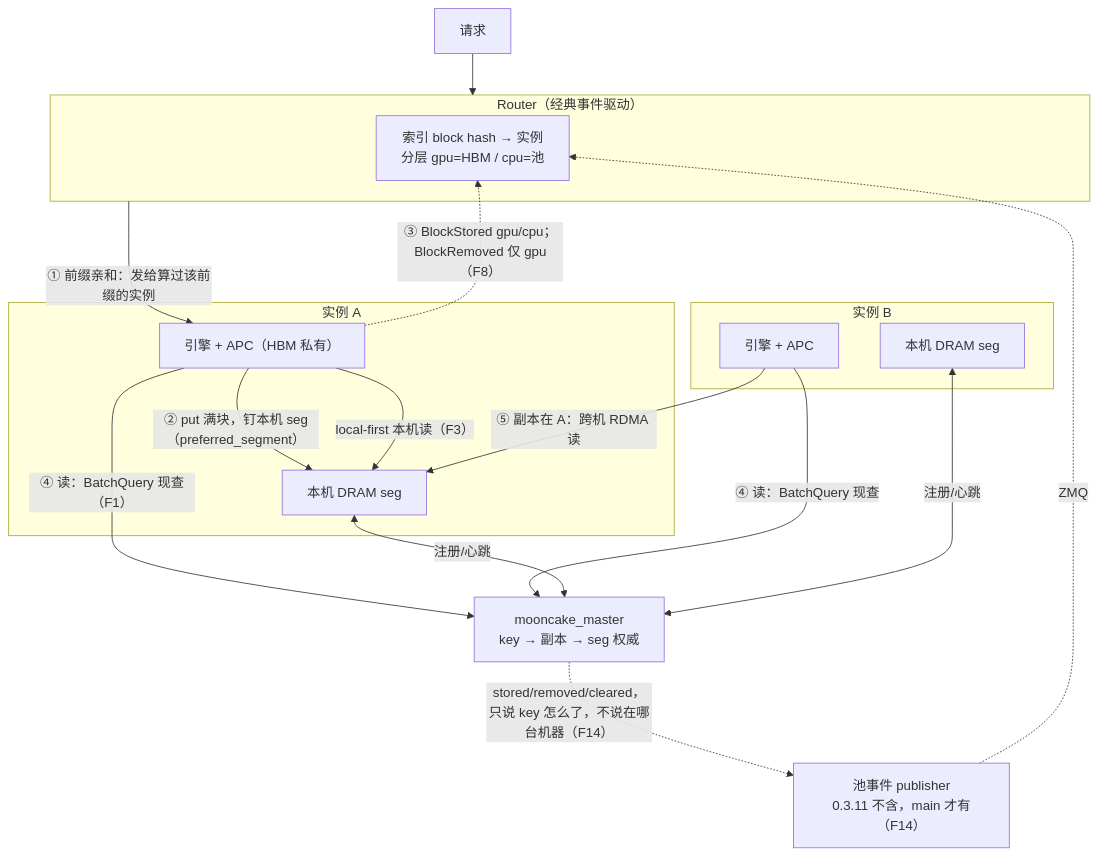
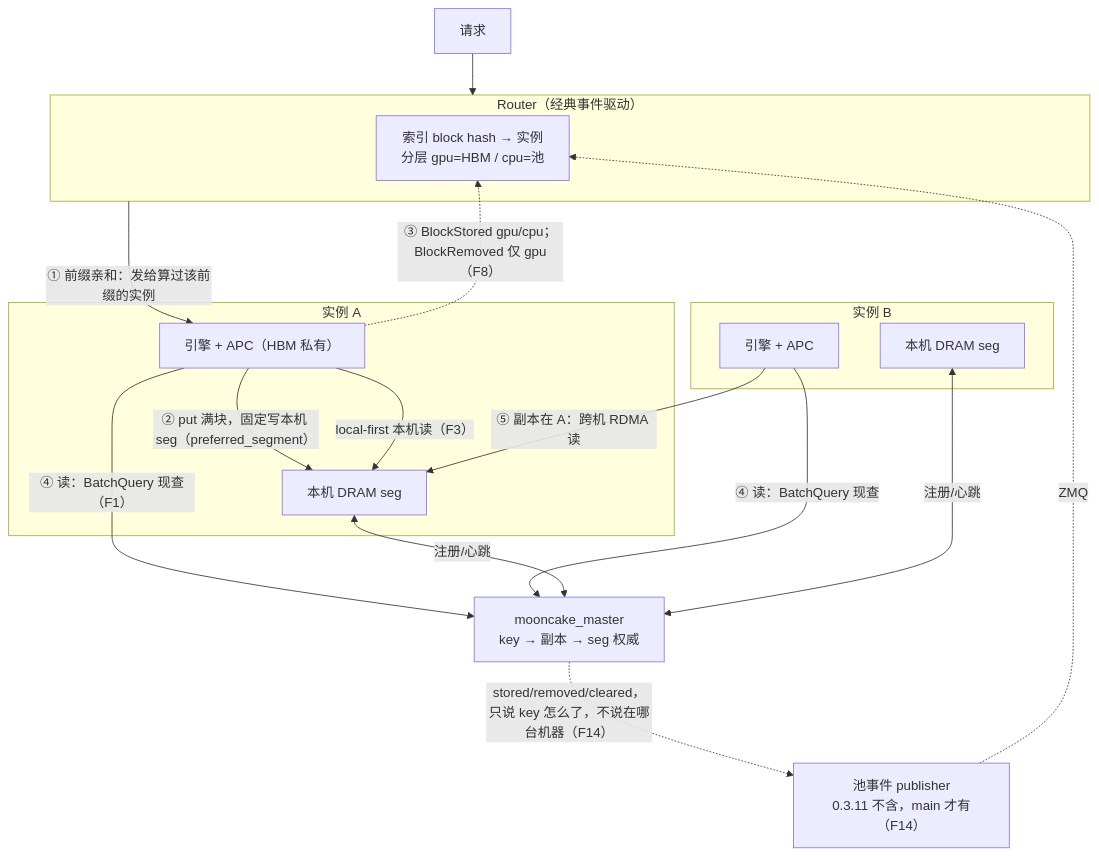
Before and after one commit to 5x8-40/lake: the diagram in kvcm/D1-router-scheduling.md, drawn with Mermaid. The commit also changed other lines of this file and 2 other files, not shown here.

````diff
--- a/kvcm/D1-router-scheduling.md
+++ b/kvcm/D1-router-scheduling.md
@@ -73,28 +73,28 @@
 ```mermaid
 flowchart TB
     Q["请求"] --> RT
     subgraph RT["Router（经典事件驱动）"]
         IDX["索引 block hash → 实例<br/>分层 gpu=HBM / cpu=池"]
     end
     RT -->|"① 前缀亲和：发给算过该前缀的实例"| EA
     subgraph A["实例 A"]
         EA["引擎 + APC（HBM 私有）"]
         SA["本机 DRAM seg"]
     end
     subgraph B["实例 B"]
         EB["引擎 + APC"]
         SB["本机 DRAM seg"]
     end
-    EA -->|"② put 满块，钉本机 seg（preferred_segment）"| SA
+    EA -->|"② put 满块，固定写本机 seg（preferred_segment）"| SA
     EA -.->|"③ BlockStored gpu/cpu；BlockRemoved 仅 gpu（F8）"| IDX
     EA -->|"local-first 本机读（F3）"| SA
     EB -->|"⑤ 副本在 A：跨机 RDMA 读"| SA
     EA -->|"④ 读：BatchQuery 现查（F1）"| M
     EB -->|"④ 读：BatchQuery 现查"| M
     SA <-->|"注册/心跳"| M
     SB <-->|"注册/心跳"| M
     M["mooncake_master<br/>key → 副本 → seg 权威"]
     M -.->|"stored/removed/cleared，只说 key 怎么了，不说在哪台机器（F14）"| PB
     PB["池事件 publisher<br/>0.3.11 不含，main 才有（F14）"]
     PB -.->|"ZMQ"| IDX
 ```
````
